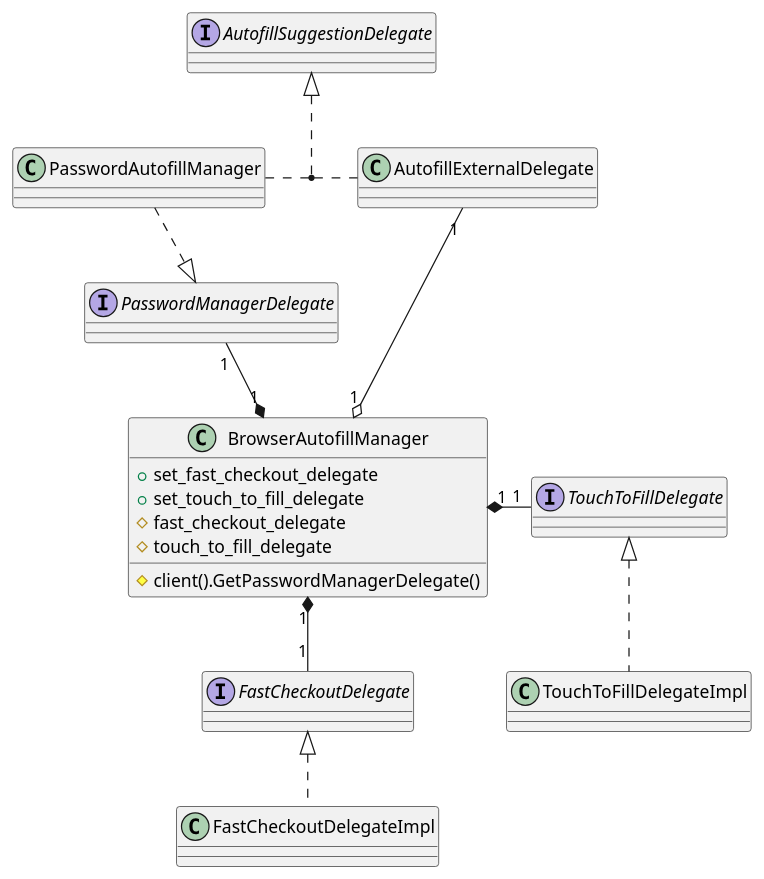
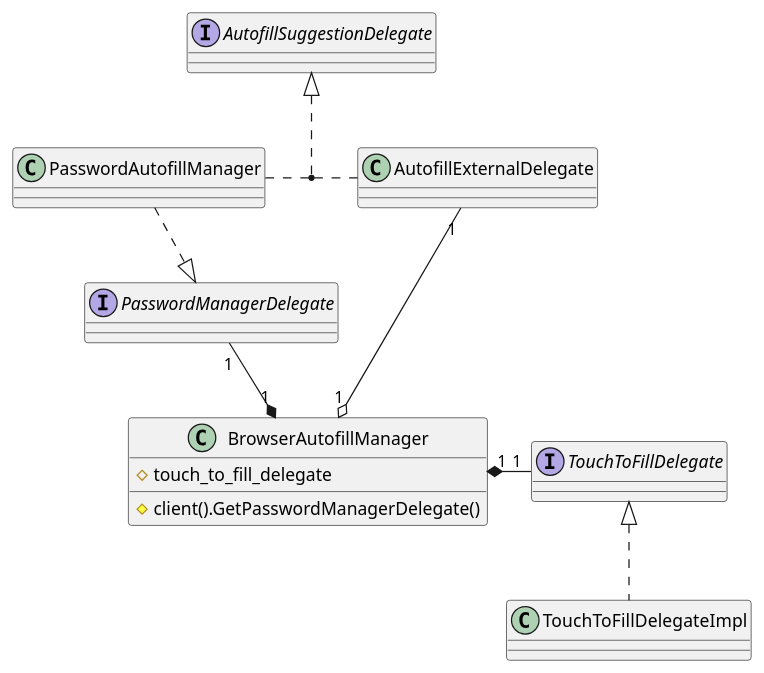
Before and after one commit to benji-cannot-code/fast-vc-chromium-benchmark-run-4: the diagram in components/autofill/core/browser/integrators/README_class.plantuml, drawn with PlantUML. The commit also changed 236 other files, not shown here.

First line of the commit message:
Remove Fast Checkout

```diff
--- a/components/autofill/core/browser/integrators/README_class.plantuml
+++ b/components/autofill/core/browser/integrators/README_class.plantuml
@@ -15,33 +15,27 @@
 @startuml
 interface "TouchToFillDelegate" as ttfd
-interface "FastCheckoutDelegate" as fcod
 interface "PasswordManagerDelegate" as pmd
 interface "AutofillSuggestionDelegate" as asd
 class "AutofillExternalDelegate" as aed
 class "PasswordAutofillManager" as pam
 class "BrowserAutofillManager" as bam {
-  + set_fast_checkout_delegate
-  + set_touch_to_fill_delegate
-  # fast_checkout_delegate
   # client().GetPasswordManagerDelegate()
   # touch_to_fill_delegate
 }
 
 'The BrowserAutofillManager has numerous delegates to different components.
 pmd "1" -* "1" bam
 bam "1" *- "1" ttfd
-bam "1" *-- "1" fcod
 aed "1" ---o "1" bam
 
 'Pwd Autofill manager and external delegate implement the same interface.
 'Eventually, the pam should not implement the aed anymore but purely communicate
 'with the bam.
 pam . aed
 asd <|.. (pam, aed)
 
 'Each delegate is implemented by a respective impl class in its component.
 pam  ..|> pmd
 ttfd <|.. TouchToFillDelegateImpl
-fcod <|.. FastCheckoutDelegateImpl
 
 @enduml
```
